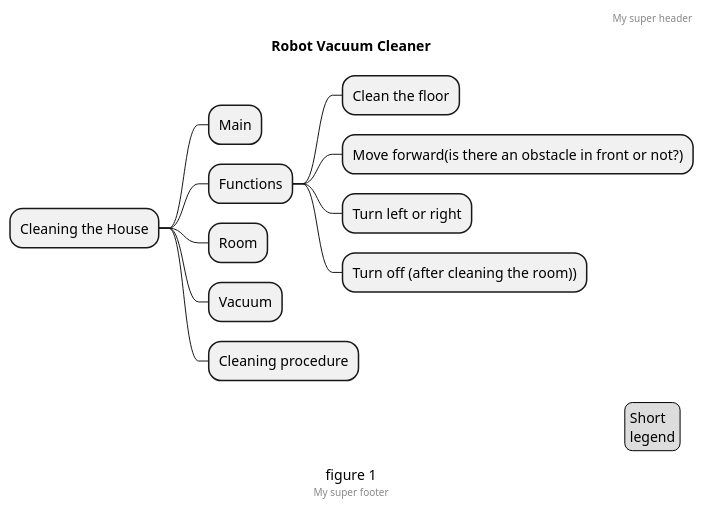
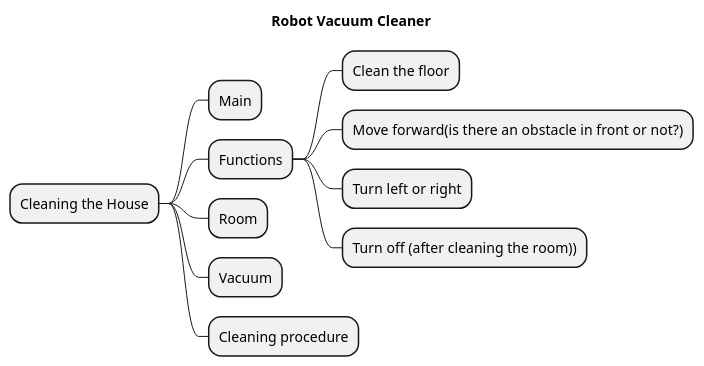
Before and after one commit to boroka0/robotvacuum: the diagram in src/robotVacuumCleaner.puml, drawn with PlantUML.

Commit message:
plantuml

```diff
--- a/src/robotVacuumCleaner.puml
+++ b/src/robotVacuumCleaner.puml
@@ -1,28 +1,17 @@
 @startmindmap
 'https://plantuml.com/mindmap-diagram
 
-caption figure 1
 title Robot Vacuum Cleaner
 
 * Cleaning the House
 ** Main
 ** Functions
 *** Clean the floor
 *** Move forward(is there an obstacle in front or not?)
 *** Turn left or right
 *** Turn off (after cleaning the room))
 ** Room
 ** Vacuum
 ** Cleaning procedure
 
-header
-My super header
-endheader
-
-center footer My super footer
-
-legend right
-  Short
-  legend
-endlegend
 @endmindmap
```
